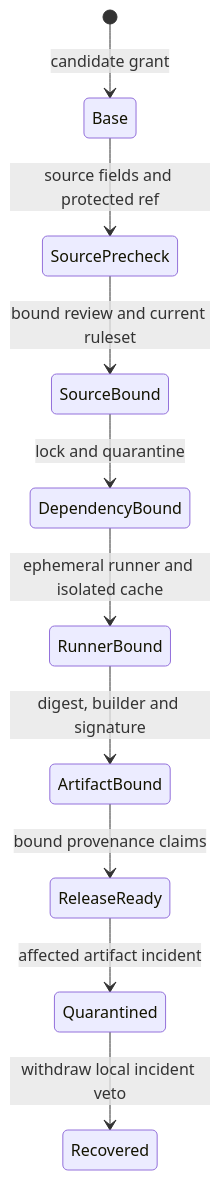
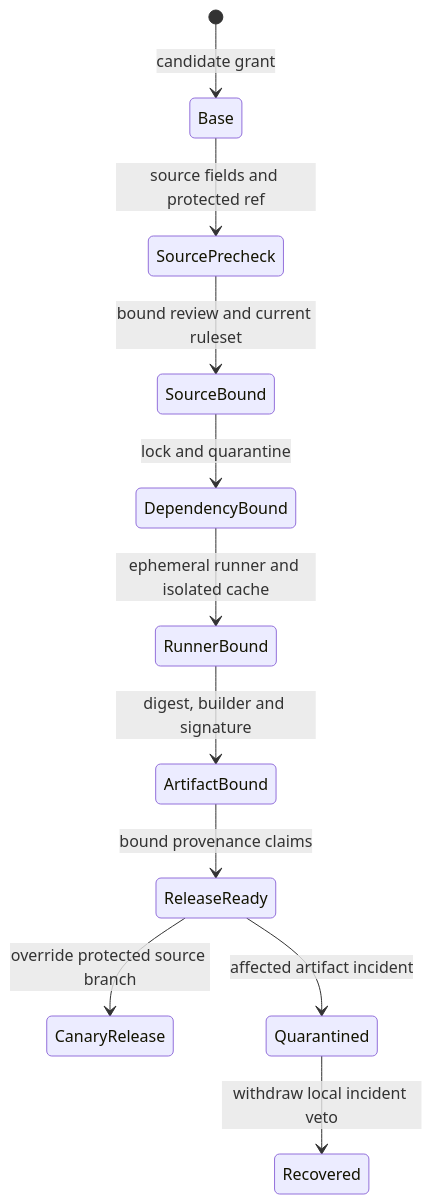
One commit to tao3k/cedar-poo-spec changed the diagram in Examples/Cloud/Pipeline/README.org. Above: the diagram before and after it, drawn with Mermaid. The commit also changed other lines of this file and 5 other files, not shown here.

Commit message:
Use first-class POO source profiles for cloud release branches

```diff
--- a/Examples/Cloud/Pipeline/README.org
+++ b/Examples/Cloud/Pipeline/README.org
@@ -18,12 +18,13 @@
 #+begin_src mermaid
 stateDiagram-v2
   [*] --> Base: candidate grant
   Base --> SourcePrecheck: source fields and protected ref
   SourcePrecheck --> SourceBound: bound review and current ruleset
   SourceBound --> DependencyBound: lock and quarantine
   DependencyBound --> RunnerBound: ephemeral runner and isolated cache
   RunnerBound --> ArtifactBound: digest, builder and signature
   ArtifactBound --> ReleaseReady: bound provenance claims
+  ReleaseReady --> CanaryRelease: override protected source branch
   ReleaseReady --> Quarantined: affected artifact incident
   Quarantined --> Recovered: withdraw local incident veto
 #+end_src
```
